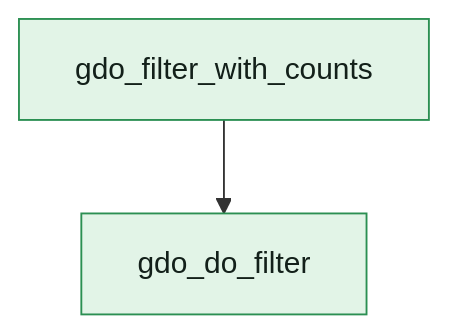
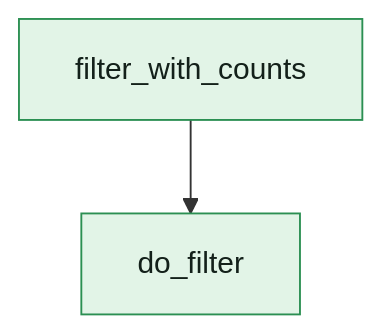
The diagram in reference/openpipeline/v4.2.0/workflows/gdo/gdo_singlesample.qmd (openpipelines-bio/openpipeline_docs), drawn with Mermaid before and after one commit. The commit also changed other lines of this file and 40 other files, not shown here.

````diff
--- a/reference/openpipeline/v4.2.0/workflows/gdo/gdo_singlesample.qmd
+++ b/reference/openpipeline/v4.2.0/workflows/gdo/gdo_singlesample.qmd
@@ -107,8 +107,8 @@
 ```{mermaid}
 flowchart TB
-    v18["gdo_filter_with_counts"]
-    v49["gdo_do_filter"]
-    v18 --> v49
-    style v18 fill:#e2f4e7,stroke:#2b8f52,color:#13201a
-    style v49 fill:#e2f4e7,stroke:#2b8f52,color:#13201a
+    c_filter_do_filter["do_filter"]
+    c_filter_filter_with_counts["filter_with_counts"]
+    c_filter_filter_with_counts --> c_filter_do_filter
+    style c_filter_do_filter fill:#e2f4e7,stroke:#2b8f52,color:#13201a
+    style c_filter_filter_with_counts fill:#e2f4e7,stroke:#2b8f52,color:#13201a
 ```
````
